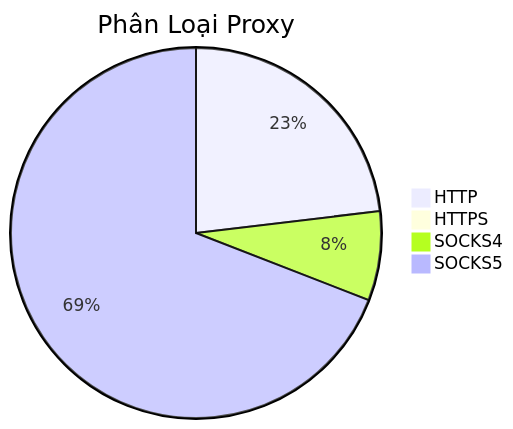
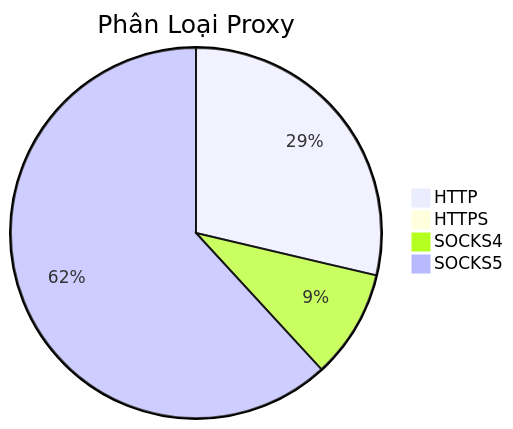
Before and after one commit to Ciara-12/PROXY-free: the diagram in README.md, drawn with Mermaid. The commit also changed other lines of this file and 3 other files, not shown here.

````diff
--- a/README.md
+++ b/README.md
@@ -26,7 +26,7 @@
 ```mermaid
 pie title Phân Loại Proxy
-    "HTTP" : 958
+    "HTTP" : 780
     "HTTPS" : 0
-    "SOCKS4" : 323
-    "SOCKS5" : 2865
+    "SOCKS4" : 258
+    "SOCKS5" : 1682
 ```
````
